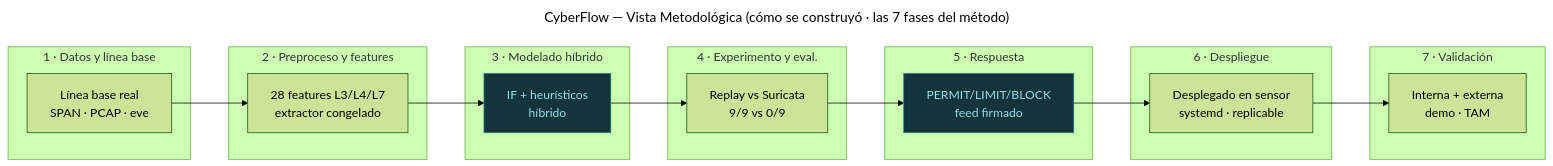
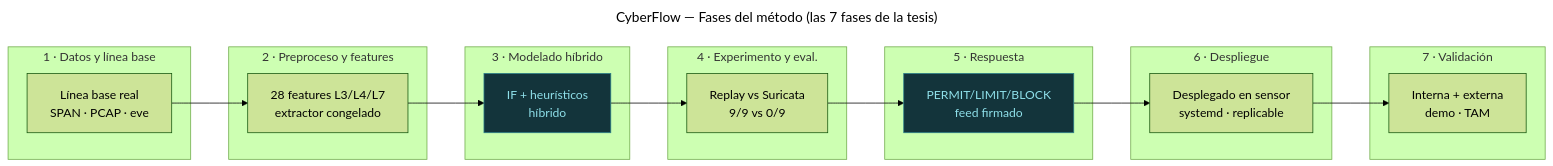
One commit to marksato13/VF-PPI-TESIS-ORQUESTACION changed the third of 3 diagrams in 02-metodologia/diagramas-vistas-gui/README.md. Above: the diagram before and after it, drawn with Mermaid (forest theme). The commit also changed other lines of this file and 10 other files, not shown here.

````diff
--- a/02-metodologia/diagramas-vistas-gui/README.md
+++ b/02-metodologia/diagramas-vistas-gui/README.md
@@ -115,32 +169,32 @@
 ```mermaid
 ---
-title: CyberFlow — Vista Metodológica (cómo se construyó · las 7 fases del método)
+title: CyberFlow — Fases del método (las 7 fases de la tesis)
 ---
 flowchart LR
   subgraph F1["1 · Datos y línea base"]
     m_datos["Línea base real<br/>SPAN · PCAP · eve"]
   end
   subgraph F2["2 · Preproceso y features"]
     m_feat["28 features L3/L4/L7<br/>extractor congelado"]
   end
   subgraph F3["3 · Modelado híbrido"]
     m_modelo["IF + heurísticos<br/>híbrido"]
   end
   subgraph F4["4 · Experimento y eval."]
     m_eval["Replay vs Suricata<br/>9/9 vs 0/9"]
   end
   subgraph F5["5 · Respuesta"]
     m_resp["PERMIT/LIMIT/BLOCK<br/>feed firmado"]
   end
   subgraph F6["6 · Despliegue"]
     m_desp["Desplegado en sensor<br/>systemd · replicable"]
   end
   subgraph F7["7 · Validación"]
     m_valid["Interna + externa<br/>demo · TAM"]
   end
 
   m_datos --> m_feat --> m_modelo --> m_eval --> m_resp --> m_desp --> m_valid
 
   classDef accent fill:#13343b,stroke:#2a7f8a,color:#8fe0ea;
   class m_modelo,m_resp accent;
 ```
````
